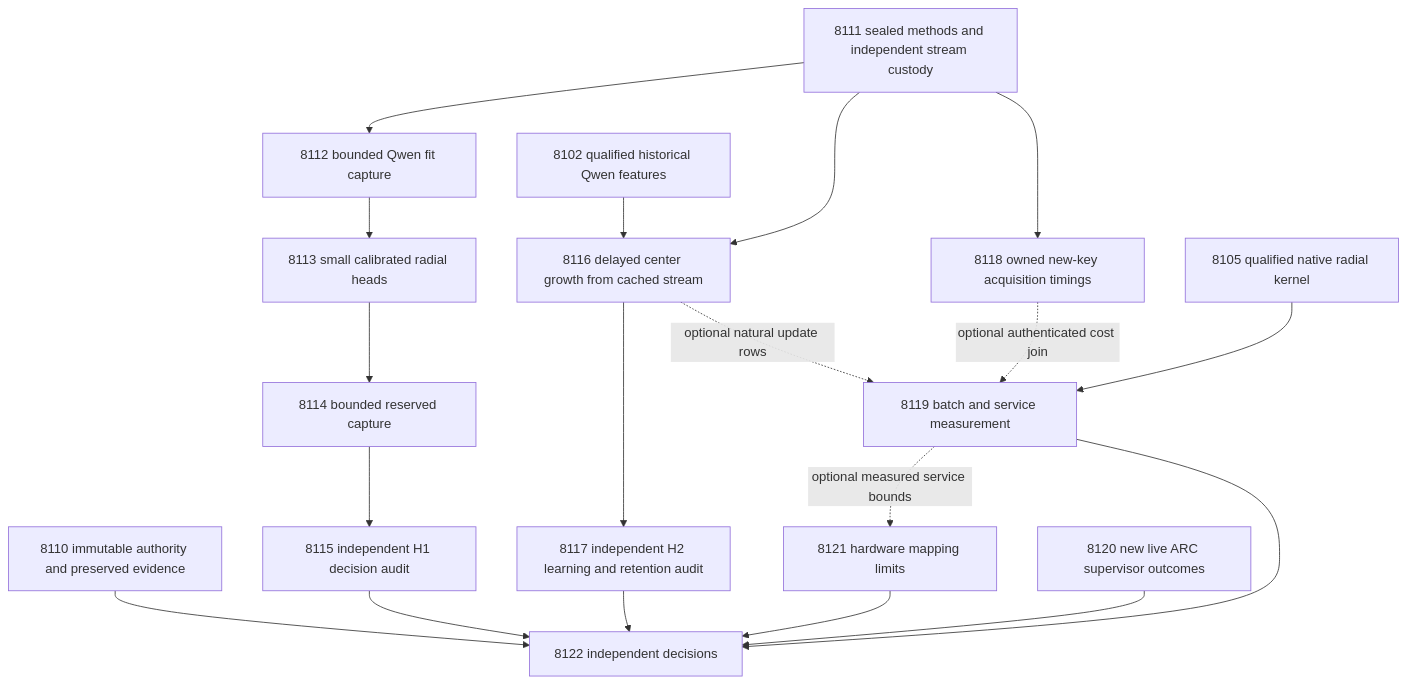
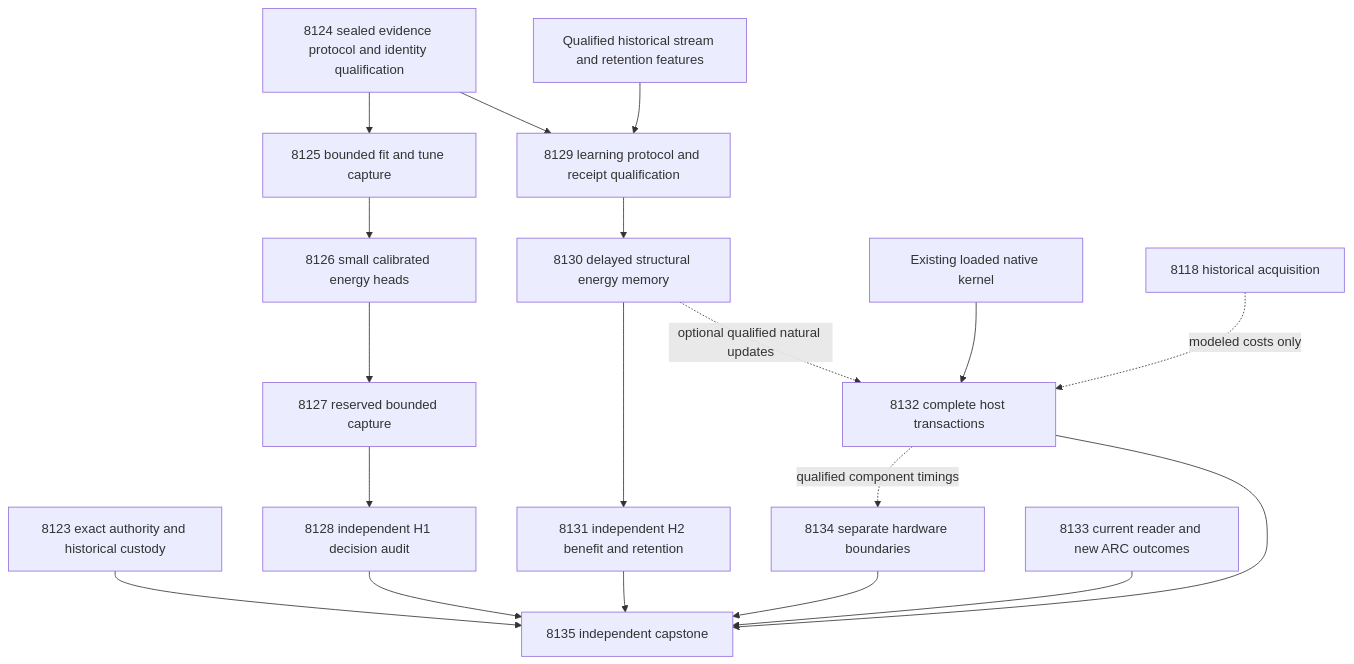
Before and after one commit to Carnot-EBM/carnot-ebm: the diagram in openspec/change-proposals/research-roadmap-vNEXT.md, drawn with Mermaid. The commit also changed other lines of this file and 18 other files, not shown here.

````diff
--- a/openspec/change-proposals/research-roadmap-vNEXT.md
+++ b/openspec/change-proposals/research-roadmap-vNEXT.md
@@ -79,21 +84,21 @@
 ```mermaid
 flowchart TD
-  P[8110 immutable authority and preserved evidence] --> Z[8122 independent decisions]
-  M[8111 sealed methods and independent stream custody] --> Q[8112 bounded Qwen fit capture]
-  Q --> F[8113 small calibrated radial heads]
-  F --> E[8114 bounded reserved capture]
-  E --> A[8115 independent H1 decision audit]
-  M --> L[8116 delayed center growth from cached stream]
-  H[8102 qualified historical Qwen features] --> L
-  L --> R[8117 independent H2 learning and retention audit]
-  M --> C[8118 owned new-key acquisition timings]
-  N[8105 qualified native radial kernel] --> B[8119 batch and service measurement]
-  C -. optional authenticated cost join .-> B
-  L -. optional natural update rows .-> B
-  B -. optional measured service bounds .-> W[8121 hardware mapping limits]
-  S[8120 new live ARC supervisor outcomes] --> Z
+  C[8123 exact authority and historical custody] --> Z[8135 independent capstone]
+  M[8124 sealed evidence protocol and identity qualification] --> F[8125 bounded fit and tune capture]
+  F --> E[8126 small calibrated energy heads]
+  E --> V[8127 reserved bounded capture]
+  V --> A[8128 independent H1 decision audit]
+  M --> Q[8129 learning protocol and receipt qualification]
+  H[Qualified historical stream and retention features] --> Q
+  Q --> L[8130 delayed structural energy memory]
+  L --> R[8131 independent H2 benefit and retention]
+  N[Existing loaded native kernel] --> S[8132 complete host transactions]
+  L -. optional qualified natural updates .-> S
+  O[8118 historical acquisition] -. modeled costs only .-> S
+  S -. qualified component timings .-> B[8134 separate hardware boundaries]
+  U[8133 current reader and new ARC outcomes] --> Z
   A --> Z
   R --> Z
-  W --> Z
+  S --> Z
   B --> Z
 ```
````
